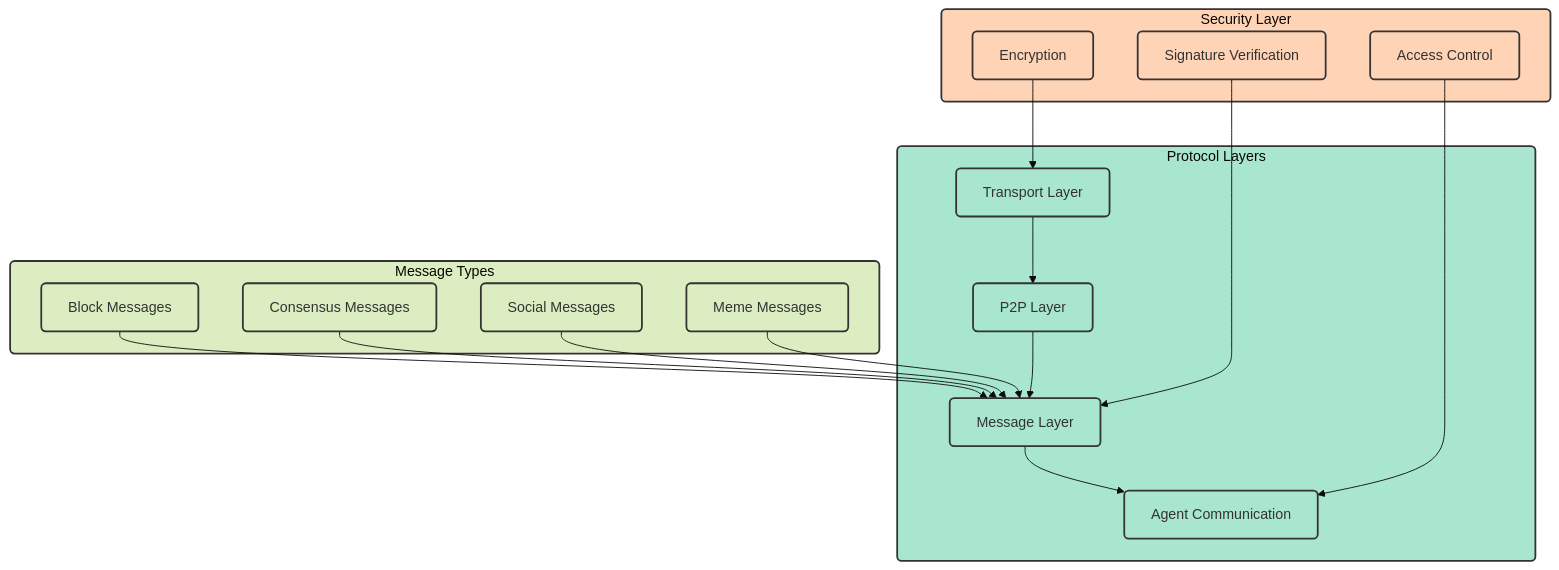
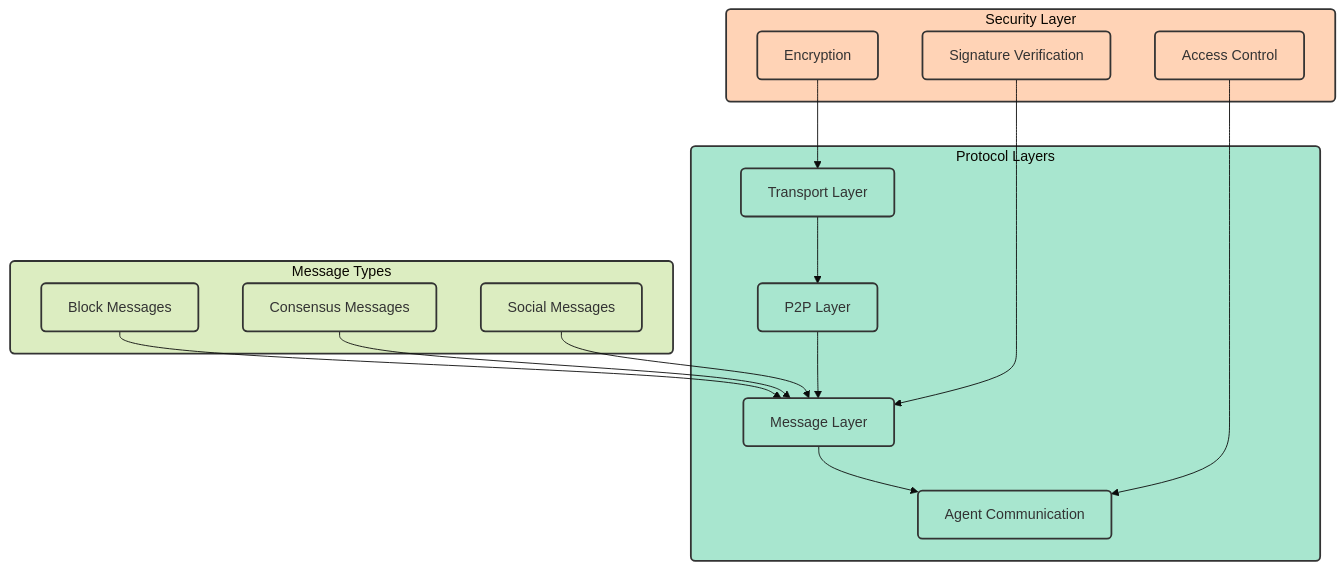
Before and after one commit to SumeetChougule/chaoschain: the fifth of 6 diagrams in docs/introduction/architecture.md, drawn with Mermaid. The commit also changed other lines of this file, not shown here.

Commit message:
Remove all meme-related components from architecture diagrams

````diff
--- a/docs/introduction/architecture.md
+++ b/docs/introduction/architecture.md
@@ -183,43 +179,41 @@
 ```mermaid
 %%{init: {'theme': 'base', 'themeVariables': { 'fontSize': '16px', 'fontFamily': 'arial' }}}%%
 flowchart TB
     subgraph Protocol["Protocol Layers"]
         T["Transport Layer"]
         P["P2P Layer"]
         M["Message Layer"]
         A["Agent Communication"]
     end
     
     subgraph Messages["Message Types"]
         B["Block Messages"]
         C["Consensus Messages"]
         S["Social Messages"]
-        ME["Meme Messages"]
     end
     
     subgraph Security["Security Layer"]
         E["Encryption"]
         SI["Signature Verification"]
         AC["Access Control"]
     end
     
     T --> P
     P --> M
     M --> A
     B --> M
     C --> M
     S --> M
-    ME --> M
     E --> T
     SI --> M
     AC --> A
     
     classDef default fill:#f8f9fa,stroke:#333,stroke-width:2px,rx:5,ry:5
     classDef protocol fill:#a8e6cf,stroke:#333,stroke-width:2px,rx:5,ry:5
     classDef messages fill:#dcedc1,stroke:#333,stroke-width:2px,rx:5,ry:5
     classDef security fill:#ffd3b6,stroke:#333,stroke-width:2px,rx:5,ry:5
     
     class T,P,M,A,Protocol protocol
-    class B,C,S,ME,Messages messages
+    class B,C,S,Messages messages
     class E,SI,AC,Security security
 ```
````
